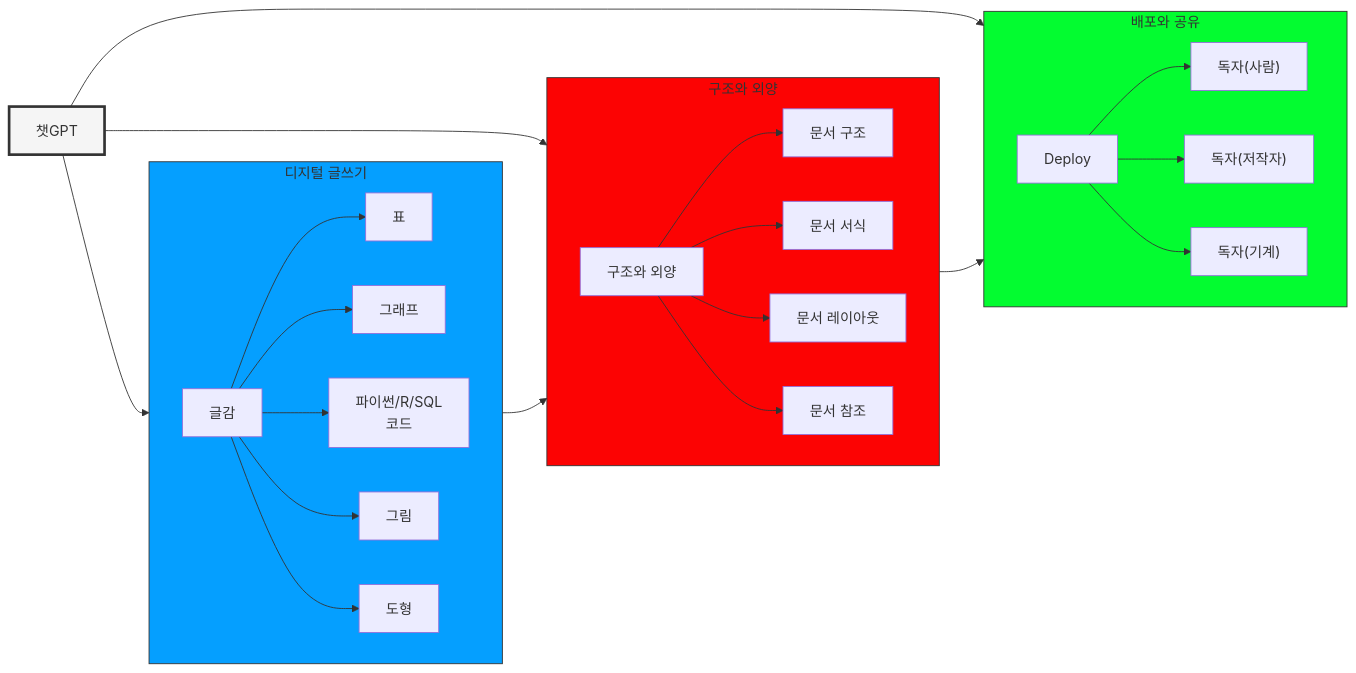
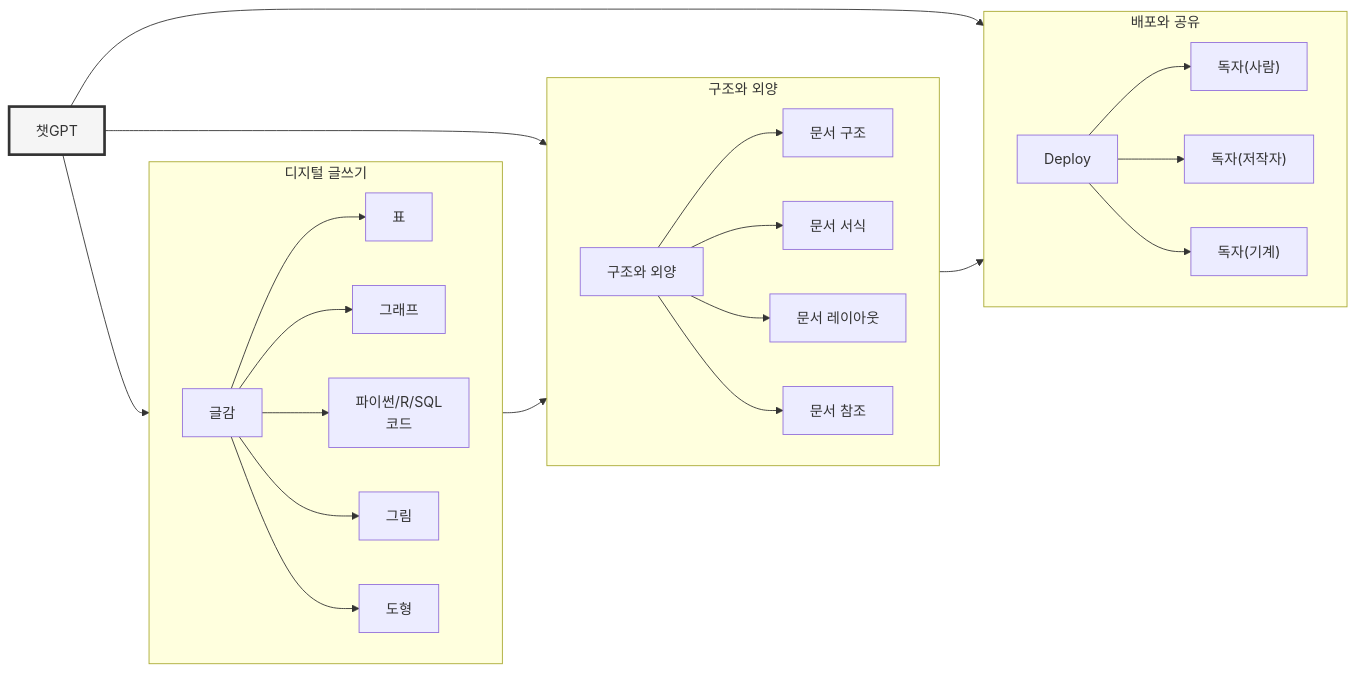
The diagram in gpt_writing.qmd (bit2r/gpt-quarto), drawn with Mermaid before and after one commit. The commit also changed 10 other files, not shown here.

````diff
--- a/gpt_writing.qmd
+++ b/gpt_writing.qmd
@@ -112,43 +112,39 @@
 ```{mermaid}
 
 graph LR
 
     chatGPT["챗GPT"] --> Contents
 
     subgraph Contents["디지털 글쓰기"]
         direction LR
         Writing["글감"] --> Table["표"]
         Writing --> Graph["그래프"]
         Writing --> Code["파이썬/R/SQL<br>코드"]
         Writing --> Figure["그림"]
         Writing --> Diagram["도형"]        
     end
 
     chatGPT --> Format
     Contents --> Format
 
     subgraph Format["구조와 외양"]
         direction LR
         Theme["구조와 외양"] --> Title["문서 구조"]
         Theme               --> Formatting["문서 서식"]
         Theme               --> Layout["문서 레이아웃"]
         Theme               --> reference["문서 참조"]
     end
 
     chatGPT --> Deployment
     Format --> Deployment
 
     subgraph Deployment["배포와 공유"]
         direction LR
         Deploy --> Reader["독자(사람)"]
         Deploy --> Author["독자(저작자)"]
         Deploy --> Machine["독자(기계)"]
     end
 
 
     style chatGPT fill:#f5f5f5,stroke:#333,stroke-width:3px
-
-    style Contents fill:#059fff,stroke:#333,stroke-width:1px
-    style Format fill:#fc0303,stroke:#333,stroke-width:1px
-    style Deployment fill:#03fc30,stroke:#333,stroke-width:1px
 ```
````
